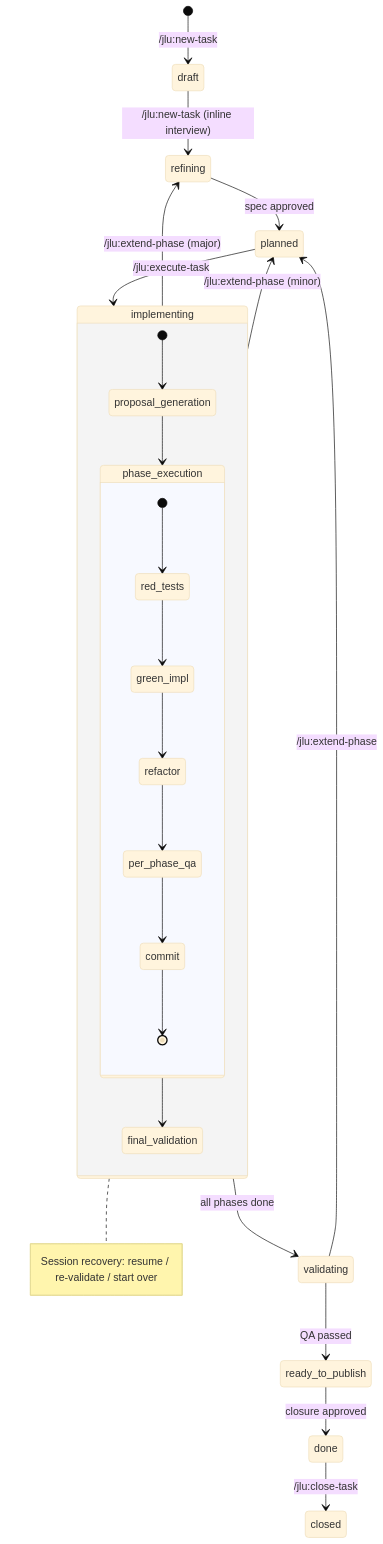
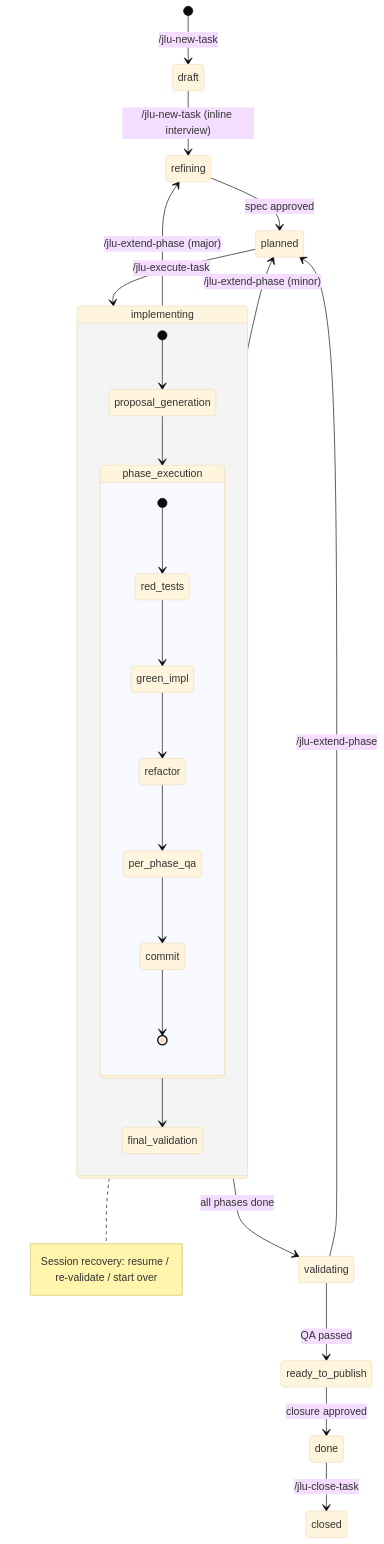
Before and after one commit to cristian-pisco/jelou-spec-plugin: the first of 2 diagrams in README.md, drawn with Mermaid (base theme). The commit also changed other lines of this file and 54 other files, not shown here.

````diff
--- a/README.md
+++ b/README.md
@@ -176,33 +222,33 @@
 ```mermaid
 stateDiagram-v2
-    [*] --> draft : /jlu:new-task
-    draft --> refining : /jlu:new-task (inline interview)
+    [*] --> draft : /jlu-new-task
+    draft --> refining : /jlu-new-task (inline interview)
     refining --> planned : spec approved
-    planned --> implementing : /jlu:execute-task
+    planned --> implementing : /jlu-execute-task
     implementing --> validating : all phases done
     validating --> ready_to_publish : QA passed
     ready_to_publish --> done : closure approved
-    done --> closed : /jlu:close-task
+    done --> closed : /jlu-close-task
 
-    implementing --> refining : /jlu:extend-phase (major)
-    implementing --> planned : /jlu:extend-phase (minor)
-    validating --> planned : /jlu:extend-phase
+    implementing --> refining : /jlu-extend-phase (major)
+    implementing --> planned : /jlu-extend-phase (minor)
+    validating --> planned : /jlu-extend-phase
 
     state implementing {
         [*] --> proposal_generation
         proposal_generation --> phase_execution
         state phase_execution {
             [*] --> red_tests
             red_tests --> green_impl
             green_impl --> refactor
             refactor --> per_phase_qa
             per_phase_qa --> commit
             commit --> [*]
         }
         phase_execution --> final_validation
     }
 
     note right of implementing
         Session recovery: resume / re-validate / start over
     end note
 ```
````
